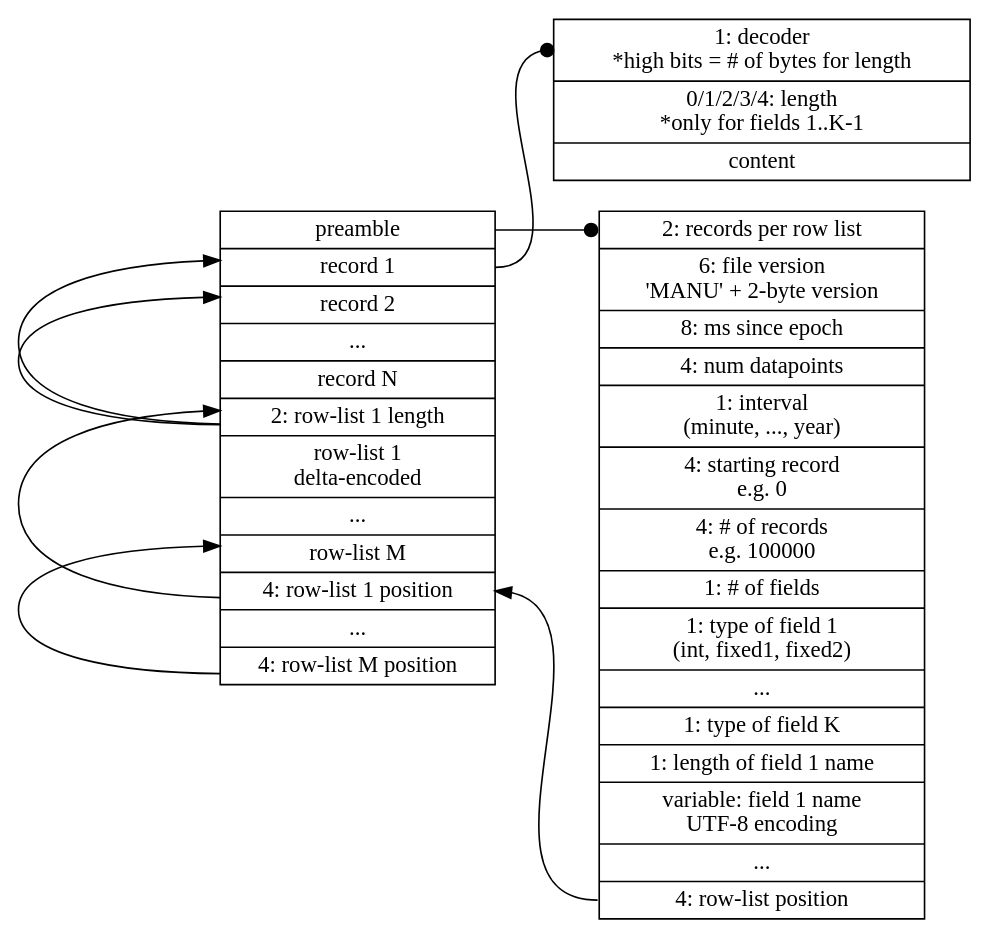
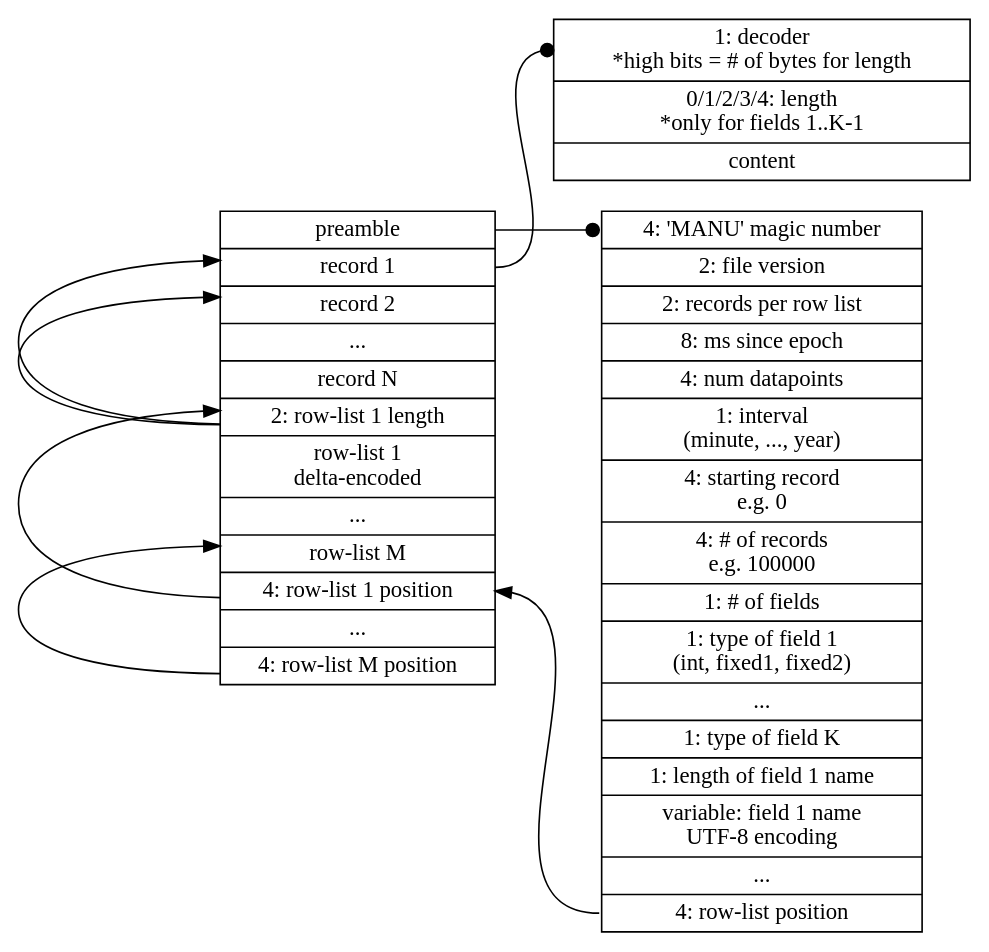
Before and after one commit to cldellow/manu: the diagram in format/format.dot, drawn with Graphviz. The commit also changed 1 other file, not shown here.

```diff
--- a/format/format.dot
+++ b/format/format.dot
@@ -1,53 +1,54 @@
 digraph structs {
   node [shape=record];
   rankdir=LR;
 
   composite [ label ="<preamble> preamble |
   <record1> record 1 |
   <record2> record 2 |
   ... |
   record N |
   <rowlist1>2: row-list 1 length|
   row-list 1\ndelta-encoded |
   ... |
   <rowlistm> row-list M |
   <rowlistpos> 4: row-list 1 position |
   ... |
   <rowlistposm> 4: row-list M position
 
   " ];
 
-  preamble [ label="<start> 2: records per row list |
-  6: file version\n
-    'MANU' + 2-byte version |
+  preamble [ label="<start>
+  4: 'MANU' magic number |
+  2: file version |
+  2: records per row list |
   8: ms since epoch |
   4: num datapoints |
   1: interval\n(minute, ..., year) |
   4: starting record\ne.g. 0 |
   4: # of records\ne.g. 100000 |
   1: # of fields |
   1: type of field 1\n(int, fixed1, fixed2) |
   ... |
   1: type of field K |
   1: length of field 1 name |
   variable: field 1 name\nUTF-8 encoding |
   ... |
   <rowlistpos> 4: row-list position
   " ];
 
   record [ label = "<decoder>1: decoder\n*high bits = # of bytes for length |
   0/1/2/3/4: length\n*only for fields 1..K-1 |
   content
   " ];
 
   composite:preamble -> preamble:start [arrowhead=dot];
 
   preamble:rowlistpos -> composite:rowlistpos;
 
   composite:rowlistpos -> composite:rowlist1;
   composite:rowlistposm -> composite:rowlistm;
 
   composite:record1 -> record:decoder [arrowhead=dot];
   composite:rowlist1 -> composite:record1;
   composite:rowlist1 -> composite:record2;
 }
```
